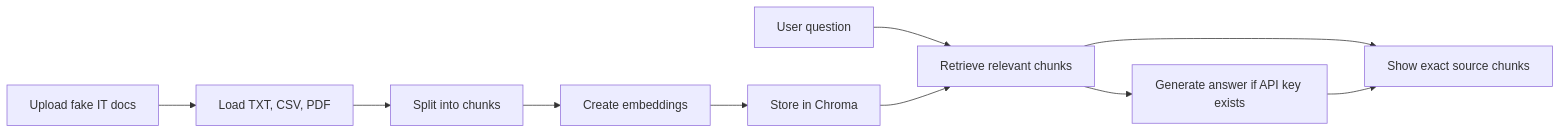
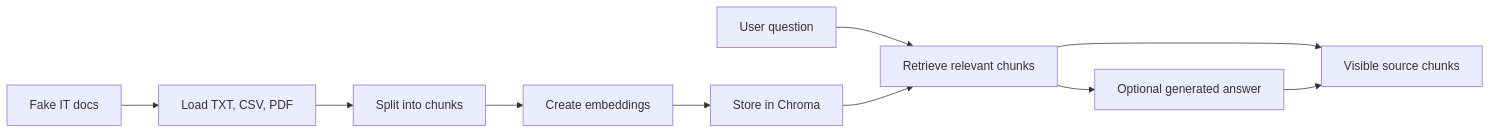
The diagram in README.md (adeebansar/IT-Ops-RAG-Knowledge-Assistant), drawn with Mermaid before and after one commit. The commit also changed other lines of this file and 2 other files, not shown here.

````diff
--- a/README.md
+++ b/README.md
@@ -27,12 +32,12 @@
 ```mermaid
 flowchart LR
-    A["Upload fake IT docs"] --> B["Load TXT, CSV, PDF"]
+    A["Fake IT docs"] --> B["Load TXT, CSV, PDF"]
     B --> C["Split into chunks"]
     C --> D["Create embeddings"]
     D --> E["Store in Chroma"]
     F["User question"] --> G["Retrieve relevant chunks"]
     E --> G
-    G --> H["Generate answer if API key exists"]
-    G --> I["Show exact source chunks"]
+    G --> H["Optional generated answer"]
+    G --> I["Visible source chunks"]
     H --> I
 ```
````
